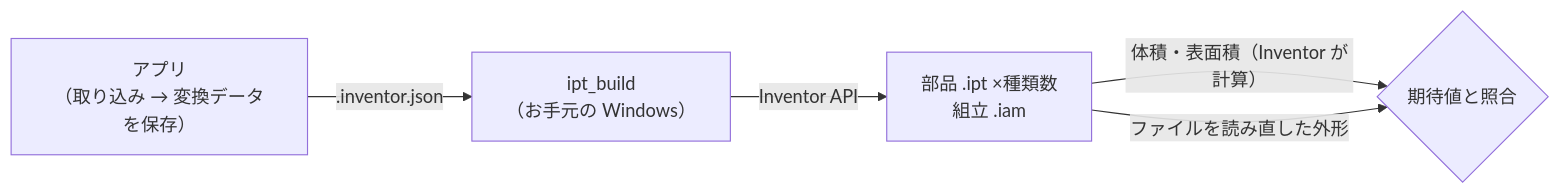
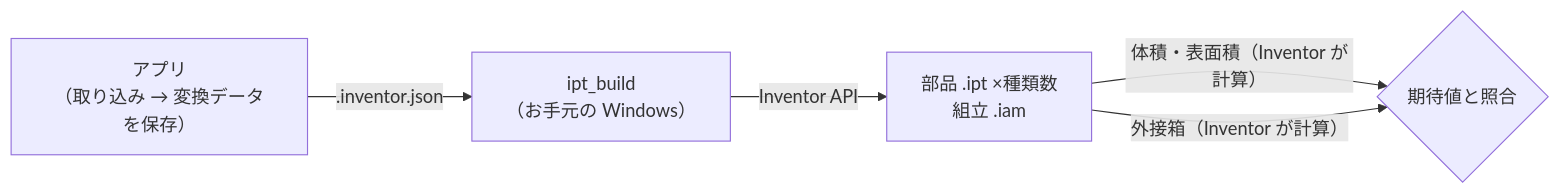
One commit to satoshi-hello-vlioilv/Inventor changed the diagram in docs/inventor-builder.md. Above: the diagram before and after it, drawn with Mermaid. The commit also changed other lines of this file and 120 other files, not shown here.

````diff
--- a/docs/inventor-builder.md
+++ b/docs/inventor-builder.md
@@ -5,7 +5,7 @@
 ```mermaid
 flowchart LR
   A["アプリ<br/>（取り込み → 変換データを保存）"] -- ".inventor.json" --> B["ipt_build<br/>（お手元の Windows）"]
   B -- "Inventor API" --> C["部品 .ipt ×種類数<br/>組立 .iam"]
   C -- "体積・表面積（Inventor が計算）" --> D{"期待値と照合"}
-  C -- "ファイルを読み直した外形" --> D
+  C -- "外接箱（Inventor が計算）" --> D
 ```
````
